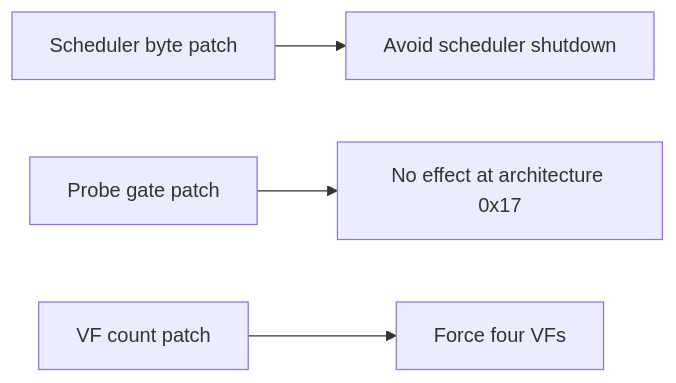
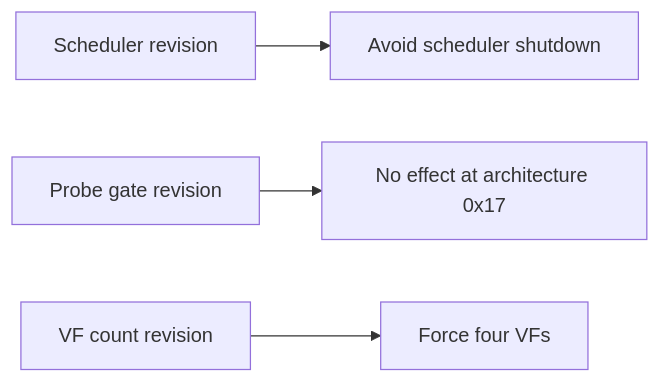
The second of 3 diagrams in docs/ampere.md (noon-at-cgn/geforce-sriov), drawn with Mermaid before and after one commit. The commit also changed other lines of this file and 86 other files, not shown here.

````diff
--- a/docs/ampere.md
+++ b/docs/ampere.md
@@ -113,6 +117,6 @@
 ```mermaid
 flowchart LR
-    scheduler["Scheduler byte patch"] --> runlist["Avoid scheduler shutdown"]
-    probe["Probe gate patch"] --> unchanged["No effect at architecture 0x17"]
-    count["VF count patch"] --> vfs["Force four VFs"]
+    scheduler["Scheduler revision"] --> runlist["Avoid scheduler shutdown"]
+    probe["Probe gate revision"] --> unchanged["No effect at architecture 0x17"]
+    count["VF count revision"] --> vfs["Force four VFs"]
 ```
````
